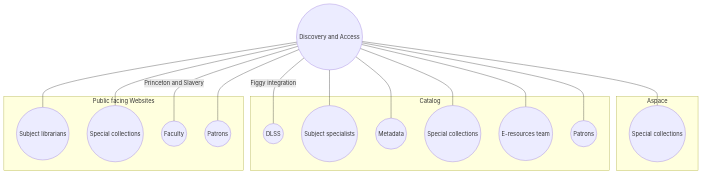
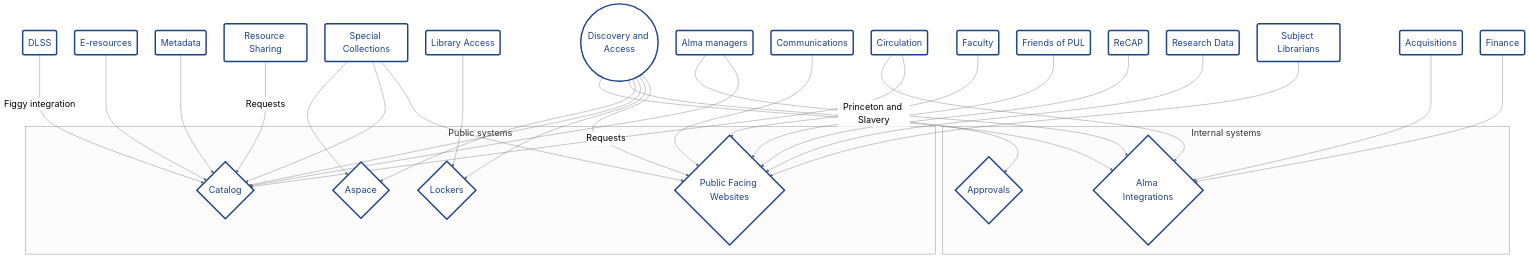
Before and after one commit to pulibrary/das_handbook: the diagram in collaborations.md, drawn with Mermaid. The commit also changed other lines of this file, not shown here.

Commit message:
Change mermaid theme, add more connections

````diff
--- a/collaborations.md
+++ b/collaborations.md
@@ -3,36 +3,73 @@
 ```mermaid
-graph TB
+flowchart TB
+%%{init: {'theme': 'neutral', 'themeVariables': { 'fontSize': '25px'}}}%%
+    classDef default fill:#fff,stroke:#1d4289,color:#1d4289,stroke-width:4px;
+
     dacs((Discovery and Access))
-    dacs --- aspace-special
 
-    dacs -- Figgy integration --- catalog-dlss
-    dacs --- catalog-subject
-    dacs --- catalog-metadata
-    dacs --- catalog-special
-    dacs --- catalog-eresource
-    dacs --- catalog-patrons
+    %% Collaborators
+    access(Library Access)
+    alma(Alma managers)
+    acq(Acquisitions)
+    circulation(Circulation)
+    communications(Communications)
+    dlss(DLSS)
+    eresources(E-resources)
+    faculty(Faculty)
+    finance(Finance)
+    fpul(Friends of PUL)
+    metadata(Metadata)
+    recap(ReCAP)
+    research(Research Data)
+    resource(Resource Sharing)
+    special(Special Collections)
+    subject(Subject Librarians)
 
-    dacs --- web-subject
-    dacs --- web-special
-    dacs -- Princeton and Slavery --- web-faculty
-    dacs --- web-patrons
 
-    subgraph Aspace
-      aspace-special((Special collections))
+    %% Systems
+    subgraph Internal systems
+      alma-integrations{Alma Integrations}
+      approvals{Approvals}
     end
-    subgraph Catalog
-      catalog-dlss((DLSS))
-      catalog-special((Special collections))
-      catalog-subject((Subject specialists))
-      catalog-metadata((Metadata))
-      catalog-eresource((E-resources team))
-      catalog-patrons((Patrons))
-    end
-    subgraph Public facing Websites
-      web-faculty((Faculty))
-      web-patrons((Patrons))
-      web-special((Special collections))
-      web-subject((Subject librarians))
+    subgraph Public systems
+      aspace{Aspace}
+      catalog{Catalog}
+      lockers{Lockers}
+      websites{Public Facing Websites}
     end
 
+    %% Relationships
+    dacs-->alma-integrations
+    dacs-->approvals
+    dacs-->aspace
+    dacs-->catalog
+    dacs-->lockers
+    dacs-->websites
+    
+    alma-->alma-integrations
+    acq-->alma-integrations
+    circulation-->alma-integrations
+    finance-->alma-integrations
+
+    special-->aspace
+
+    alma-->catalog
+    circulation--Requests-->catalog
+    dlss--Figgy integration-->catalog
+    eresources-->catalog
+    metadata-->catalog
+    resource--Requests-->catalog
+    special-->catalog
+
+    access-->lockers
+
+    communications-->websites
+    faculty--Princeton and Slavery-->websites
+    fpul-->websites
+    recap-->websites
+    research-->websites
+    special-->websites
+    subject-->websites
+
+
 ```
````
